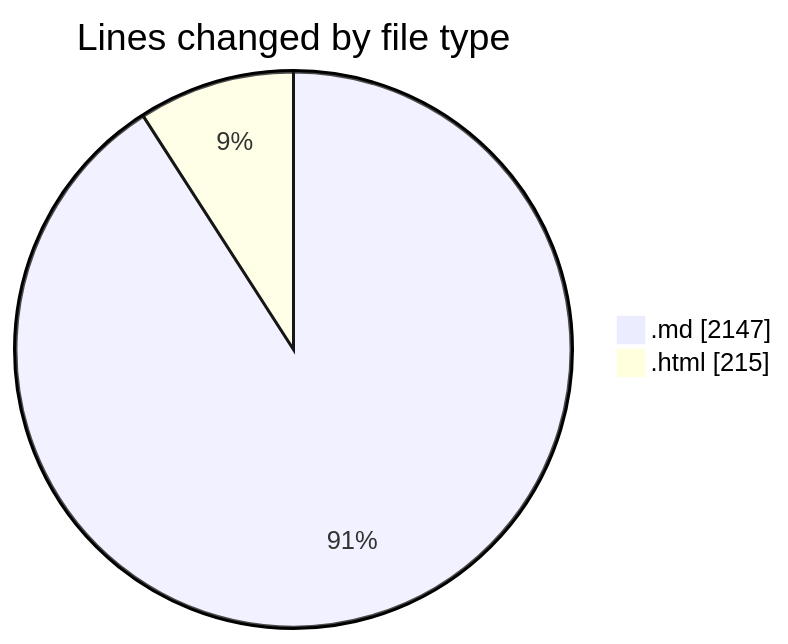
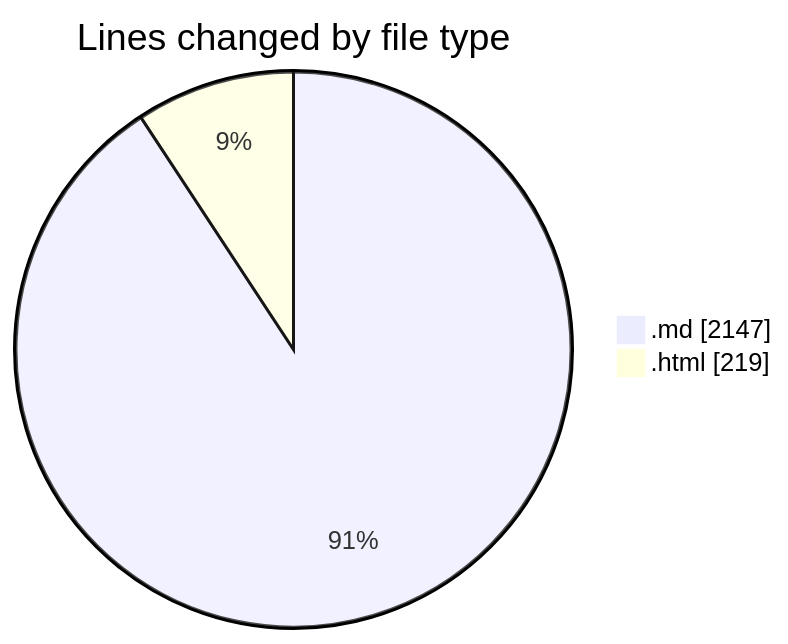
The first of 2 diagrams in 2025-07-07/urlwebwala_intership_work/README.md (Ritupan-Deka/code-tracking), drawn with Mermaid before and after one commit. The commit also changed other lines of this file and 1 other file, not shown here.

````diff
--- a/2025-07-07/urlwebwala_intership_work/README.md
+++ b/2025-07-07/urlwebwala_intership_work/README.md
@@ -25,6 +25,6 @@
 ```mermaid
 pie showData
 title Lines changed by file type
 ".md" : 2147
-".html" : 215
+".html" : 219
 ```
````
